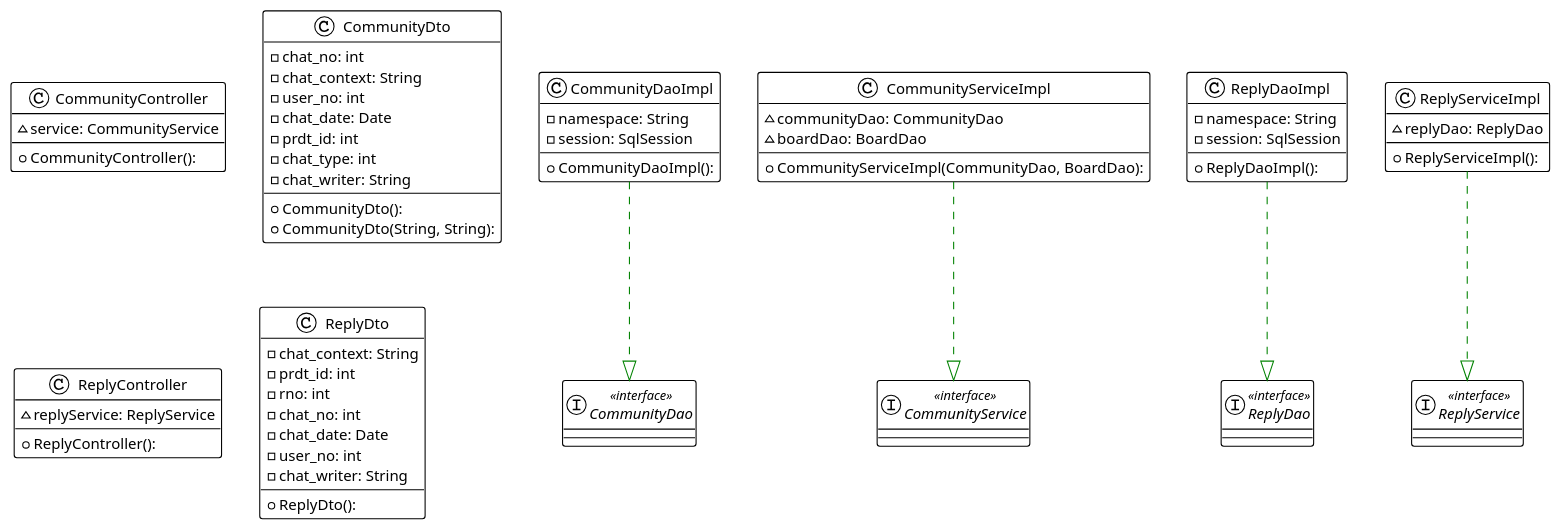
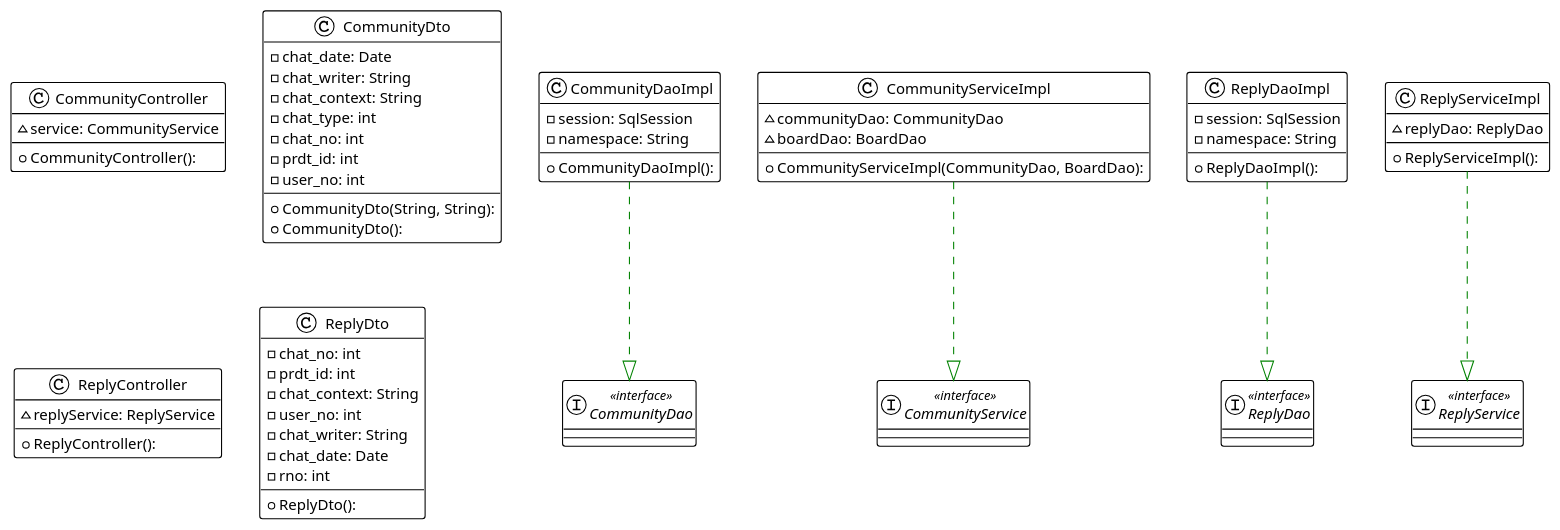
The diagram in 개발산출물/클래스다이어그램/Community-Reply_ClassDiagram.plantuml (Purplaying-Main/Purplaying), drawn with PlantUML before and after one commit. The commit also changed other lines of this file and 1 other file, not shown here.

Commit message:
Community Class Diagram

```diff
--- a/개발산출물/클래스다이어그램/Community-Reply_ClassDiagram.plantuml
+++ b/개발산출물/클래스다이어그램/Community-Reply_ClassDiagram.plantuml
@@ -1,64 +1,64 @@
 @startuml
 
 !theme plain
 top to bottom direction
 skinparam linetype ortho
 
 class CommunityController {
   + CommunityController(): 
   ~ service: CommunityService
 }
 interface CommunityDao << interface >>
 class CommunityDaoImpl {
   + CommunityDaoImpl(): 
+  - session: SqlSession
   - namespace: String
-  - session: SqlSession
 }
 class CommunityDto {
+  + CommunityDto(String, String): 
   + CommunityDto(): 
-  + CommunityDto(String, String): 
+  - chat_date: Date
+  - chat_writer: String
+  - chat_context: String
+  - chat_type: int
   - chat_no: int
-  - chat_context: String
+  - prdt_id: int
   - user_no: int
-  - chat_date: Date
-  - prdt_id: int
-  - chat_type: int
-  - chat_writer: String
 }
 interface CommunityService << interface >>
 class CommunityServiceImpl {
   + CommunityServiceImpl(CommunityDao, BoardDao): 
   ~ communityDao: CommunityDao
   ~ boardDao: BoardDao
 }
 class ReplyController {
   + ReplyController(): 
   ~ replyService: ReplyService
 }
 interface ReplyDao << interface >>
 class ReplyDaoImpl {
   + ReplyDaoImpl(): 
+  - session: SqlSession
   - namespace: String
-  - session: SqlSession
 }
 class ReplyDto {
   + ReplyDto(): 
+  - chat_no: int
+  - prdt_id: int
   - chat_context: String
-  - prdt_id: int
-  - rno: int
-  - chat_no: int
-  - chat_date: Date
   - user_no: int
   - chat_writer: String
+  - chat_date: Date
+  - rno: int
 }
 interface ReplyService << interface >>
 class ReplyServiceImpl {
   + ReplyServiceImpl(): 
   ~ replyDao: ReplyDao
 }
 
 CommunityDaoImpl      -[#008200,dashed]-^  CommunityDao         
 CommunityServiceImpl  -[#008200,dashed]-^  CommunityService     
 ReplyDaoImpl          -[#008200,dashed]-^  ReplyDao             
 ReplyServiceImpl      -[#008200,dashed]-^  ReplyService         
 @enduml
```
